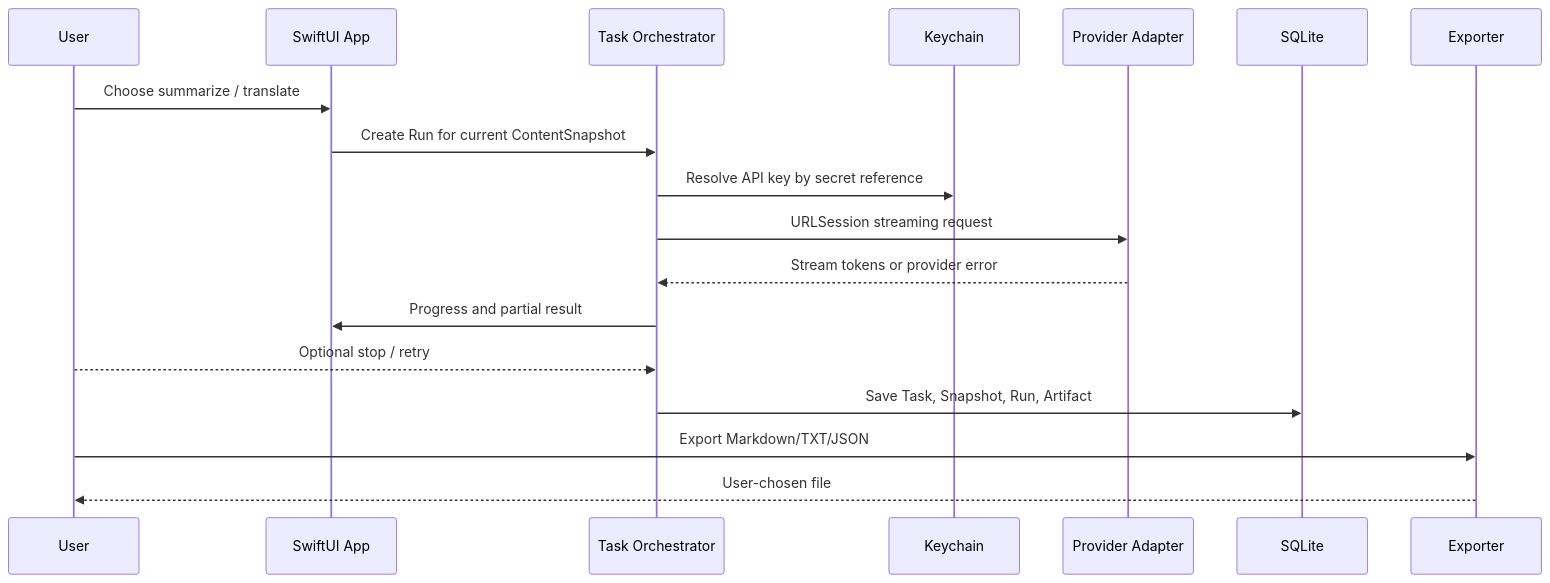
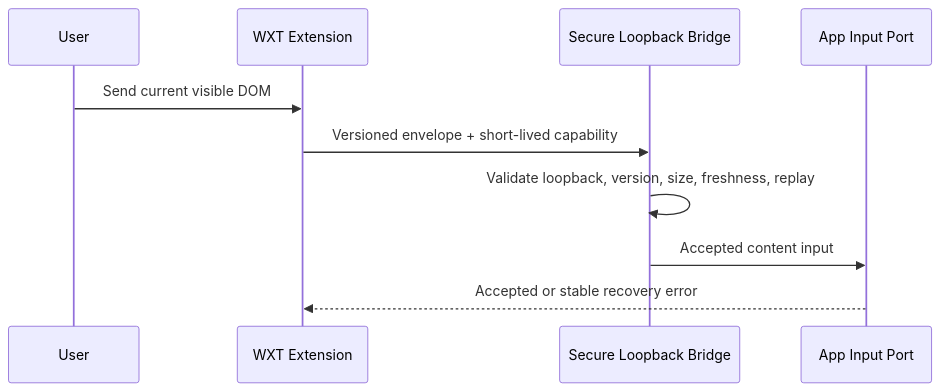
The second of 2 diagrams in brain/flow.md (Songxiaor/jizuo), drawn with Mermaid before and after one commit. The commit also changed other lines of this file and 14 other files, not shown here.

````diff
--- a/brain/flow.md
+++ b/brain/flow.md
@@ -68,21 +41,13 @@
 ```mermaid
 sequenceDiagram
   participant U as User
-  participant A as SwiftUI App
-  participant O as Task Orchestrator
-  participant K as Keychain
-  participant M as Provider Adapter
-  participant D as SQLite
-  participant E as Exporter
+  participant X as WXT Extension
+  participant B as Secure Loopback Bridge
+  participant A as App Input Port
 
-  U->>A: Choose summarize / translate
-  A->>O: Create Run for current ContentSnapshot
-  O->>K: Resolve API key by secret reference
-  O->>M: URLSession streaming request
-  M-->>O: Stream tokens or provider error
-  O->>A: Progress and partial result
-  U-->>O: Optional stop / retry
-  O->>D: Save Task, Snapshot, Run, Artifact
-  U->>E: Export Markdown/TXT/JSON
-  E-->>U: User-chosen file
+  U->>X: Send current visible DOM
+  X->>B: Versioned envelope + short-lived capability
+  B->>B: Validate loopback, version, size, freshness, replay
+  B->>A: Accepted content input
+  A-->>X: Accepted or stable recovery error
 ```
````
